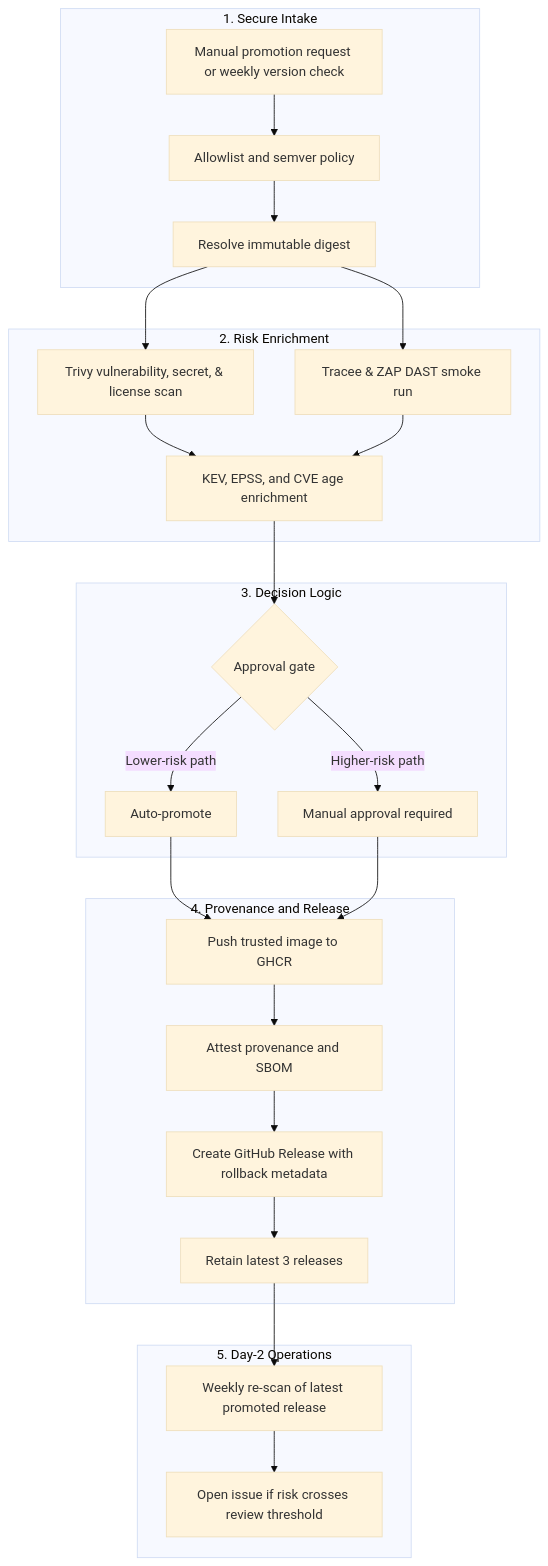
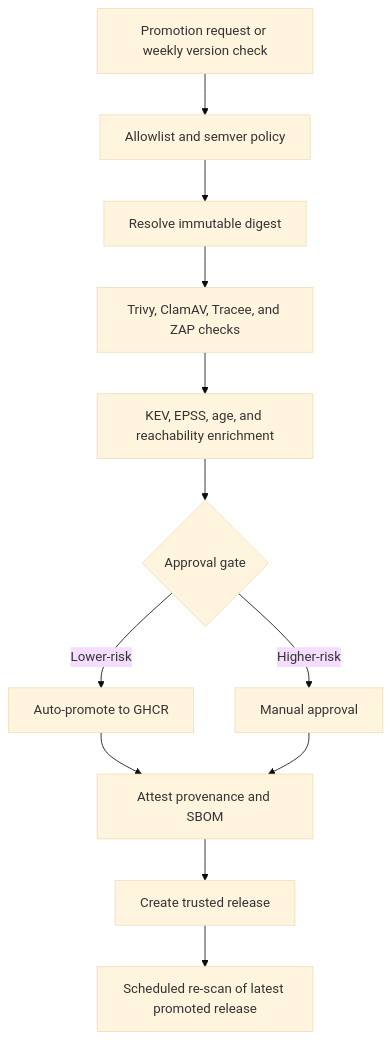
Before and after one commit to llody9977/secure-ci-deploy: the diagram in README.md, drawn with Mermaid (base theme). The commit also changed other lines of this file and 4 other files, not shown here.

````diff
--- a/README.md
+++ b/README.md
@@ -54,33 +23,14 @@
 ```mermaid
 flowchart TD
-    subgraph Intake["1. Secure Intake"]
-        A["Manual promotion request or weekly version check"] --> B["Allowlist and semver policy"]
-        B --> C["Resolve immutable digest"]
-    end
-
-    subgraph Analysis["2. Risk Enrichment"]
-        C --> D["Trivy vulnerability, secret, & license scan"]
-        C --> E["Tracee & ZAP DAST smoke run"]
-        D --> F["KEV, EPSS, and CVE age enrichment"]
-        E --> F
-    end
-
-    subgraph Gate["3. Decision Logic"]
-        F --> G{"Approval gate"}
-        G -->|Lower-risk path| H["Auto-promote"]
-        G -->|Higher-risk path| I["Manual approval required"]
-    end
-
-    subgraph Trust["4. Provenance and Release"]
-        H --> J["Push trusted image to GHCR"]
-        I --> J
-        J --> K["Attest provenance and SBOM"]
-        K --> L["Create GitHub Release with rollback metadata"]
-        L --> M["Retain latest 3 releases"]
-    end
-
-    subgraph Monitor["5. Day-2 Operations"]
-        M --> N["Weekly re-scan of latest promoted release"]
-        N --> O["Open issue if risk crosses review threshold"]
-    end
+    A["Promotion request or weekly version check"] --> B["Allowlist and semver policy"]
+    B --> C["Resolve immutable digest"]
+    C --> D["Trivy, ClamAV, Tracee, and ZAP checks"]
+    D --> E["KEV, EPSS, age, and reachability enrichment"]
+    E --> F{"Approval gate"}
+    F -->|Lower-risk| G["Auto-promote to GHCR"]
+    F -->|Higher-risk| H["Manual approval"]
+    G --> I["Attest provenance and SBOM"]
+    H --> I
+    I --> J["Create trusted release"]
+    J --> K["Scheduled re-scan of latest promoted release"]
 ```
````
